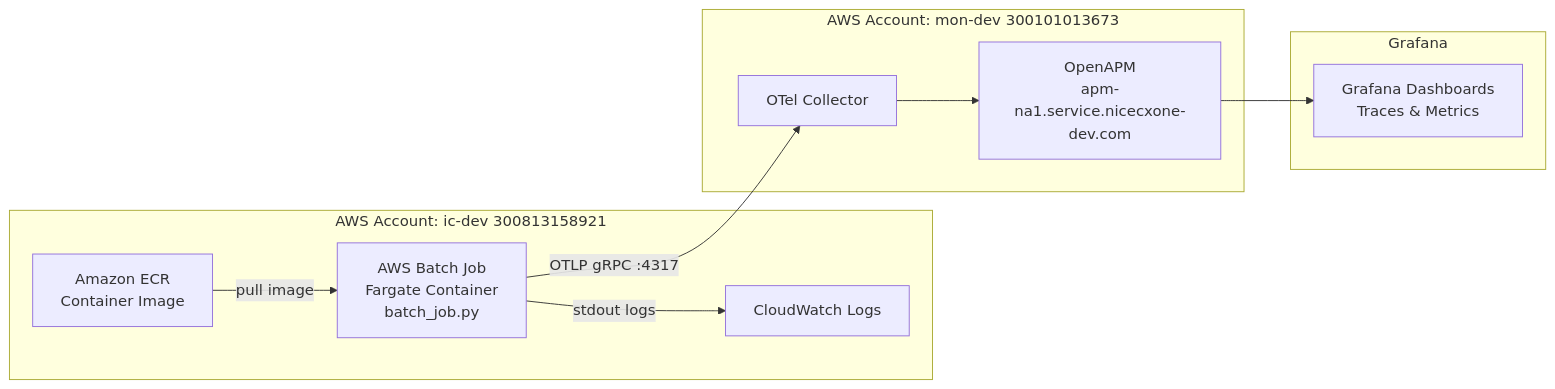
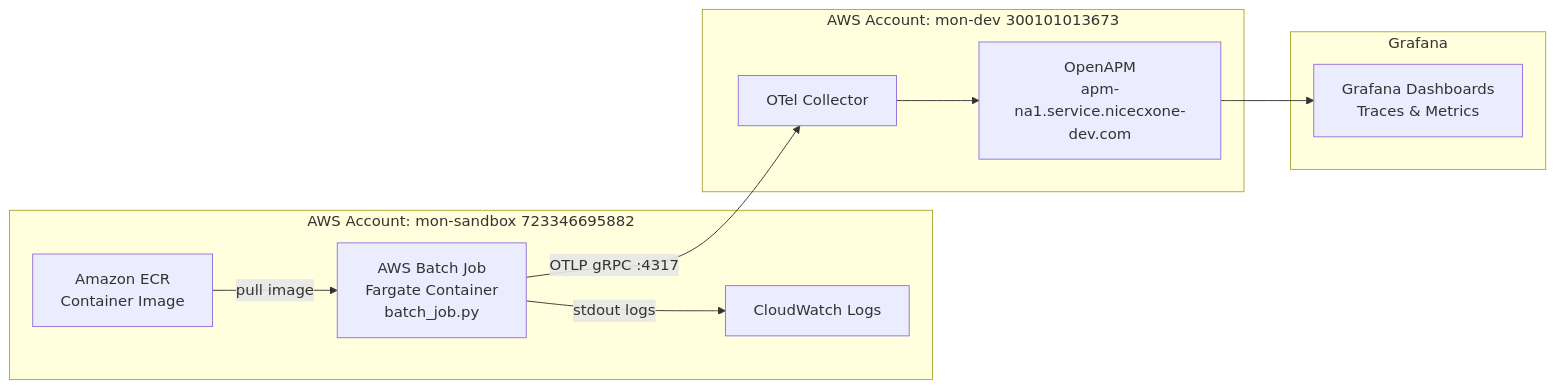
The diagram in README.md (npawar-incontact01/sre-aws-batch-telemetry-openapm), drawn with Mermaid before and after one commit. The commit also changed other lines of this file and 13 other files, not shown here.

````diff
--- a/README.md
+++ b/README.md
@@ -19,23 +21,23 @@
 ```mermaid
 graph LR
-    subgraph ic-dev [AWS Account: ic-dev 300813158921]
+    subgraph mon-sandbox [AWS Account: mon-sandbox 723346695882]
         BJ[AWS Batch Job\nFargate Container\nbatch_job.py]
         ECR[Amazon ECR\nContainer Image]
         CW[CloudWatch Logs]
     end
 
     subgraph mon-dev [AWS Account: mon-dev 300101013673]
         OC[OTel Collector]
         APM[OpenAPM\napm-na1.service.nicecxone-dev.com]
     end
 
     subgraph Grafana
         G[Grafana Dashboards\nTraces & Metrics]
     end
 
     ECR -->|pull image| BJ
     BJ -->|OTLP gRPC :4317| OC
     BJ -->|stdout logs| CW
     OC --> APM
     APM --> G
 ```
````
